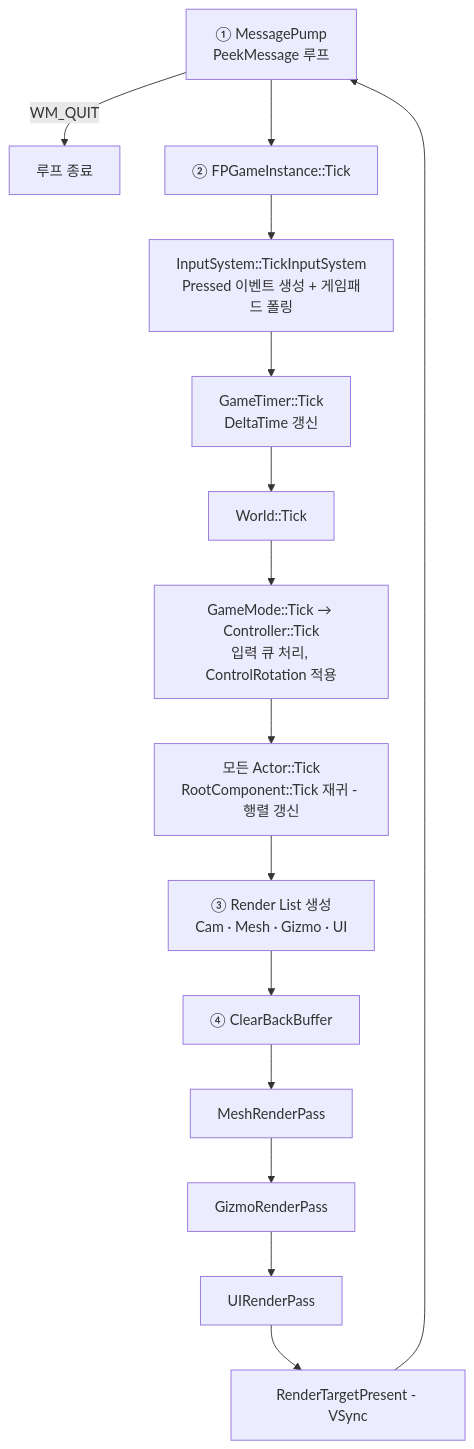
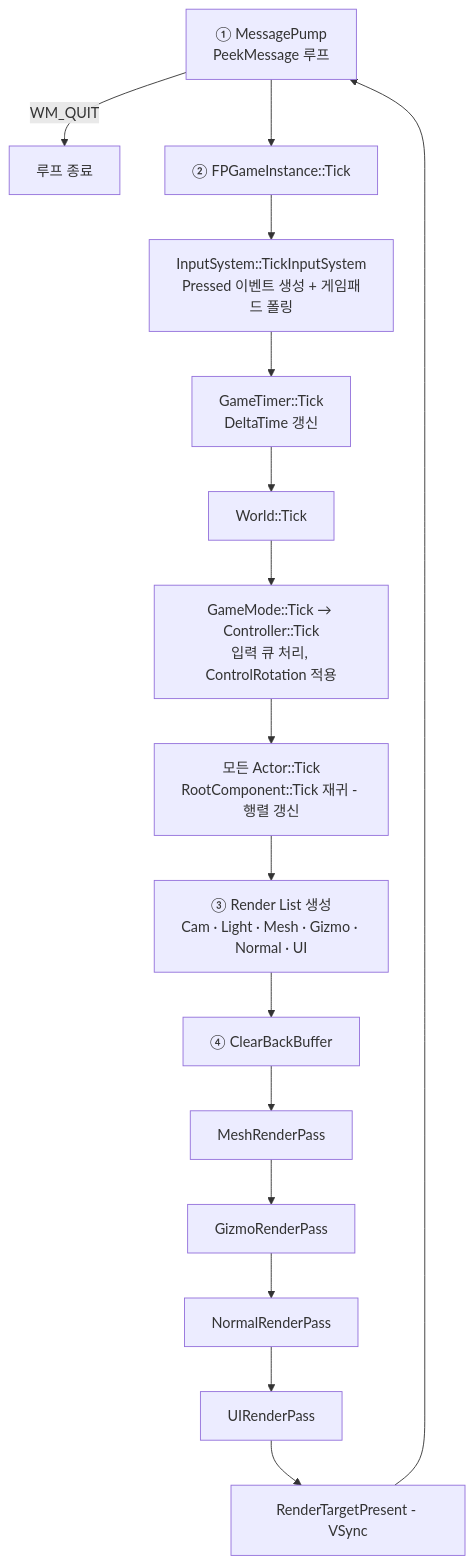
Before and after one commit to Gat-Young/ForestPearlEngine: the fourth of 12 diagrams in README.md, drawn with Mermaid. The commit also changed other lines of this file, not shown here.

````diff
--- a/README.md
+++ b/README.md
@@ -420,17 +435,18 @@
 ```mermaid
 flowchart TD
     A["① MessagePump<br/>PeekMessage 루프"] -->|"WM_QUIT"| Z["루프 종료"]
     A --> B["② FPGameInstance::Tick"]
     B --> B1["InputSystem::TickInputSystem<br/>Pressed 이벤트 생성 + 게임패드 폴링"]
     B1 --> B2["GameTimer::Tick<br/>DeltaTime 갱신"]
     B2 --> B3["World::Tick"]
     B3 --> B4["GameMode::Tick → Controller::Tick<br/>입력 큐 처리, ControlRotation 적용"]
     B4 --> B5["모든 Actor::Tick<br/>RootComponent::Tick 재귀 - 행렬 갱신"]
-    B5 --> R["③ Render List 생성<br/>Cam · Mesh · Gizmo · UI"]
+    B5 --> R["③ Render List 생성<br/>Cam · Light · Mesh · Gizmo · Normal · UI"]
     R --> C["④ ClearBackBuffer"]
     C --> D["MeshRenderPass"]
     D --> G["GizmoRenderPass"]
-    G --> E["UIRenderPass"]
+    G --> N["NormalRenderPass"]
+    N --> E["UIRenderPass"]
     E --> F["RenderTargetPresent - VSync"]
     F --> A
 ```
````
